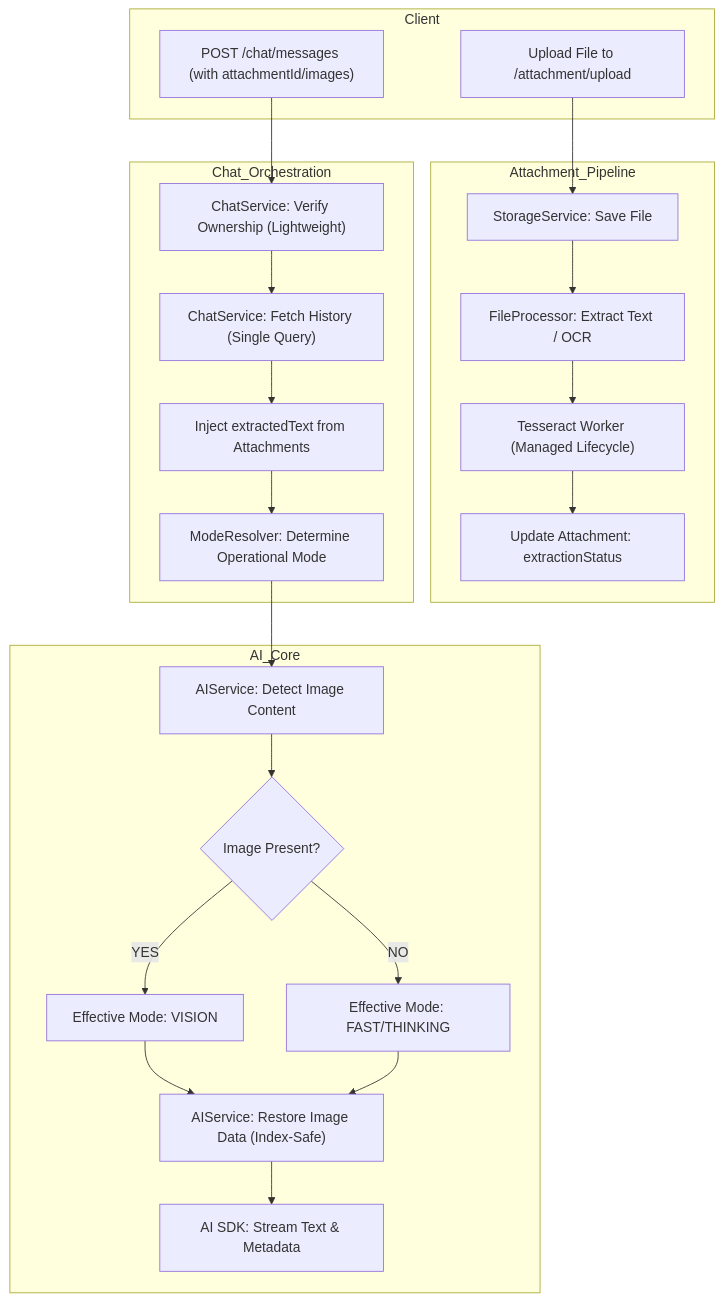
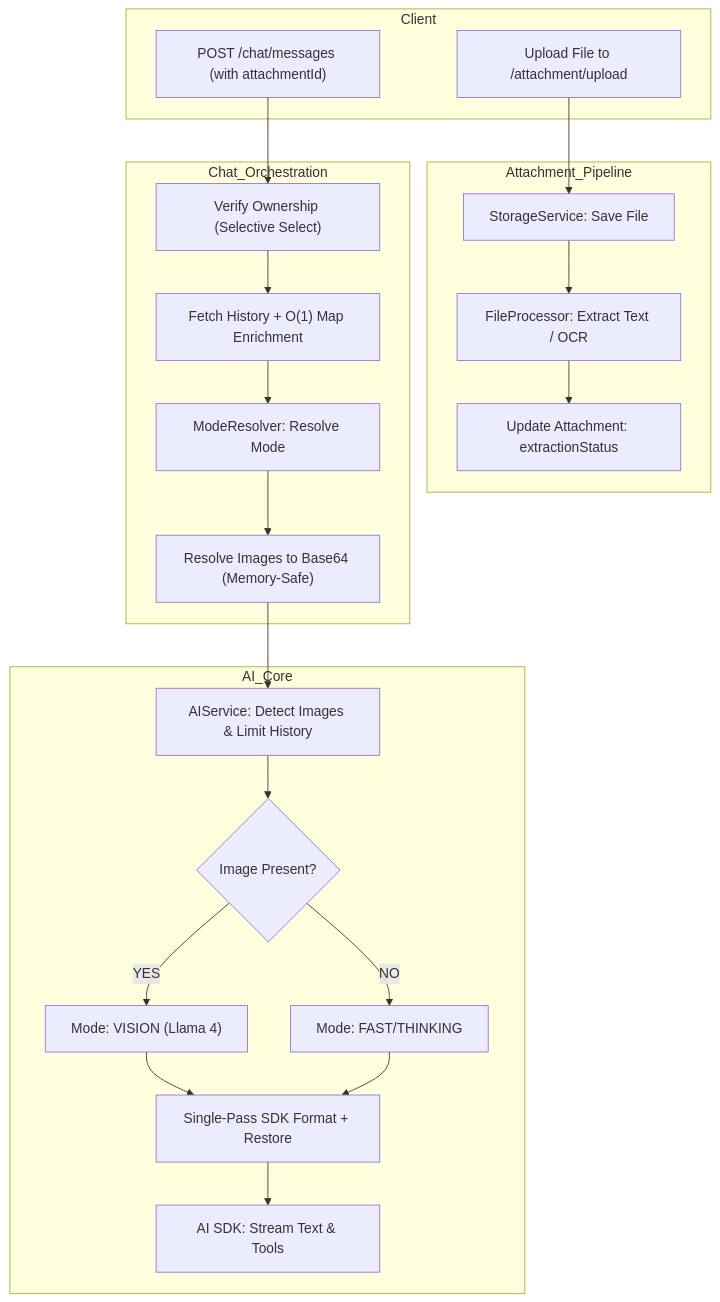
Before and after one commit to Kashif-Rezwi/better-dev-api: the diagram in architectures/ARCHITECTURE_CURRENT.md, drawn with Mermaid. The commit also changed other lines of this file, not shown here.

First line of the commit message:
refactor: enhance multi-modal AI architecture with improved context management and processing efficiency

````diff
--- a/architectures/ARCHITECTURE_CURRENT.md
+++ b/architectures/ARCHITECTURE_CURRENT.md
@@ -66,42 +63,41 @@
 ```mermaid
 graph TD
     subgraph Client
         Upload["Upload File to /attachment/upload"]
-        ChatReq["POST /chat/messages (with attachmentId/images)"]
+        ChatReq["POST /chat/messages (with attachmentId)"]
     end
 
     subgraph Attachment_Pipeline
         Store["StorageService: Save File"]
         Process["FileProcessor: Extract Text / OCR"]
-        Worker["Tesseract Worker (Managed Lifecycle)"]
         UpdateDB["Update Attachment: extractionStatus"]
     end
 
     subgraph Chat_Orchestration
-        Verify["ChatService: Verify Ownership (Lightweight)"]
-        Fetch["ChatService: Fetch History (Single Query)"]
-        Context["Inject extractedText from Attachments"]
-        Resolve["ModeResolver: Determine Operational Mode"]
+        Verify["Verify Ownership (Selective Select)"]
+        Fetch["Fetch History + O(1) Map Enrichment"]
+        Resolve["ModeResolver: Resolve Mode"]
+        ImageRes["Resolve Images to Base64 (Memory-Safe)"]
     end
 
     subgraph AI_Core
-        Detect["AIService: Detect Image Content"]
+        Detect["AIService: Detect Images & Limit History"]
         Switch{"Image Present?"}
-        Vision["Effective Mode: VISION"]
-        Text["Effective Mode: FAST/THINKING"]
-        Restore["AIService: Restore Image Data (Index-Safe)"]
-        Stream["AI SDK: Stream Text & Metadata"]
+        Vision["Mode: VISION (Llama 4)"]
+        Text["Mode: FAST/THINKING"]
+        Restore["Single-Pass SDK Format + Restore"]
+        Stream["AI SDK: Stream Text & Tools"]
     end
 
-    Upload --> Store --> Process --> Worker --> UpdateDB
+    Upload --> Store --> Process --> UpdateDB
     
-    ChatReq --> Verify --> Fetch --> Context --> Resolve --> Detect
+    ChatReq --> Verify --> Fetch --> Resolve --> ImageRes --> Detect
     
     Detect --> Switch
     Switch -- YES --> Vision
     Switch -- NO --> Text
     
     Vision --> Restore
     Text --> Restore
     Restore --> Stream
 ```
````
